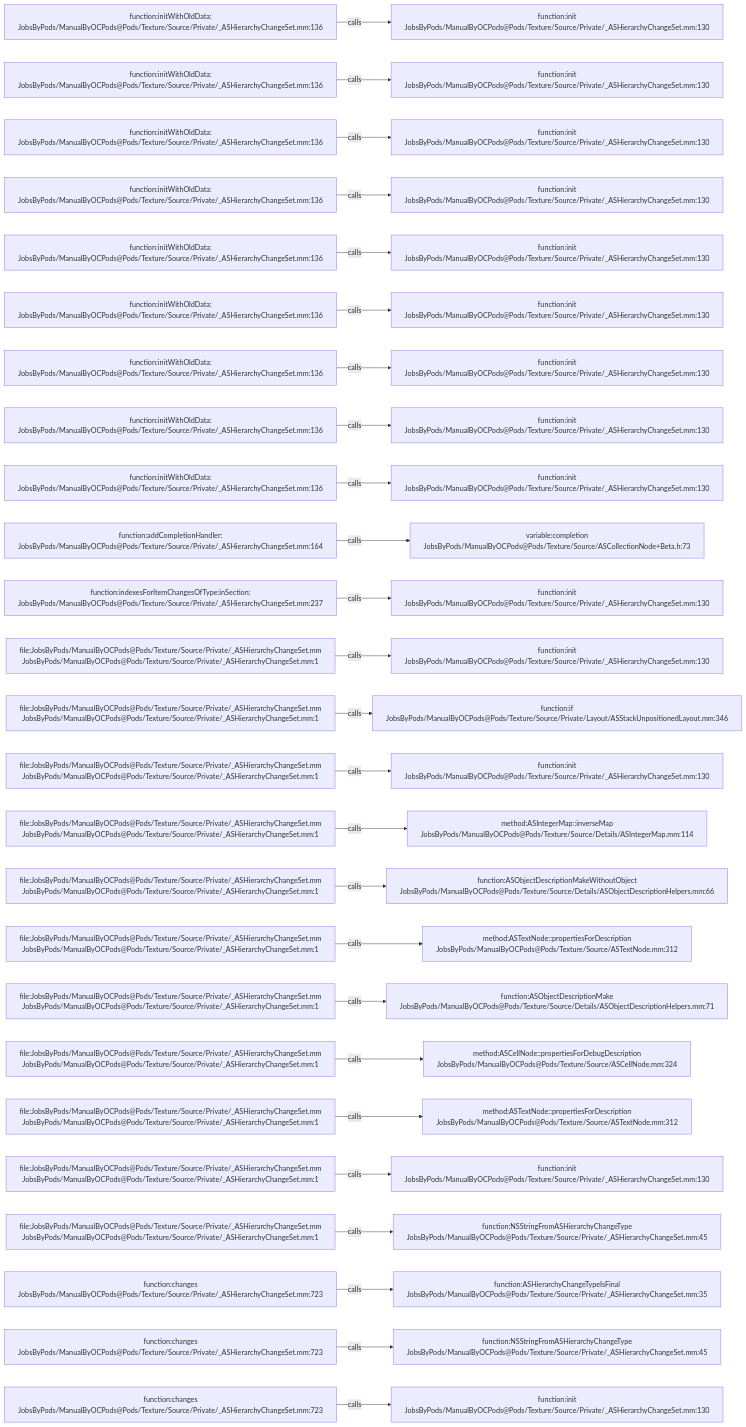
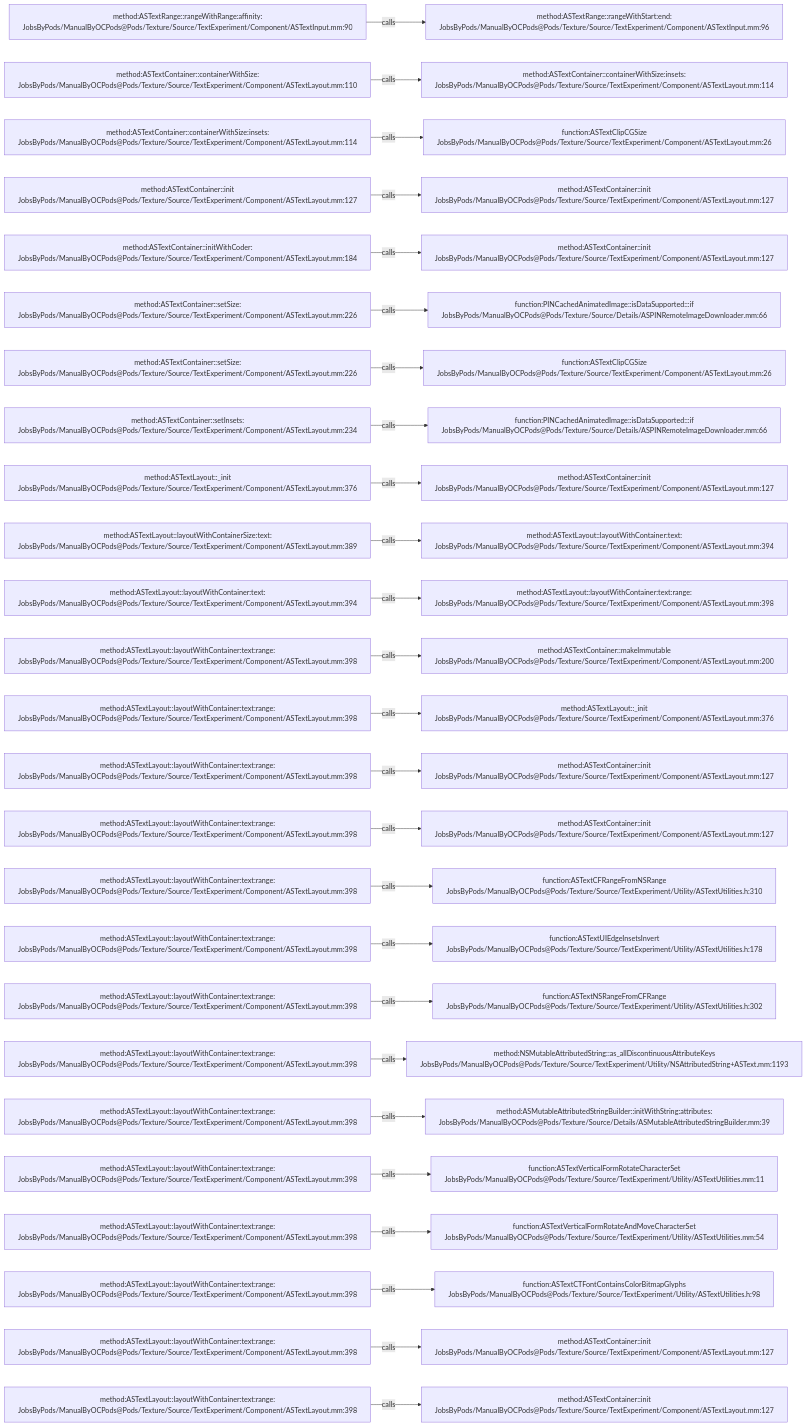
One commit to JobsKits/JobsOCBaseConfigDemo changed the diagram in .codegraph/codegraph.md/graphs/calls-199.md. Above: the diagram before and after it, drawn with Mermaid. The commit also changed 1353 other files, not shown here.

````diff
--- a/.codegraph/codegraph.md/graphs/calls-199.md
+++ b/.codegraph/codegraph.md/graphs/calls-199.md
@@ -13,78 +13,78 @@
 ```mermaid
 flowchart LR
-  S1["function:initWithOldData:<br/>JobsByPods/ManualByOCPods@Pods/Texture/Source/Private/_ASHierarchyChangeSet.mm:136"]
-  T1["function:init<br/>JobsByPods/ManualByOCPods@Pods/Texture/Source/Private/_ASHierarchyChangeSet.mm:130"]
+  S1["method:ASTextRange::rangeWithRange:affinity:<br/>JobsByPods/ManualByOCPods@Pods/Texture/Source/TextExperiment/Component/ASTextInput.mm:90"]
+  T1["method:ASTextRange::rangeWithStart:end:<br/>JobsByPods/ManualByOCPods@Pods/Texture/Source/TextExperiment/Component/ASTextInput.mm:96"]
   S1 -->|calls| T1
-  S2["function:initWithOldData:<br/>JobsByPods/ManualByOCPods@Pods/Texture/Source/Private/_ASHierarchyChangeSet.mm:136"]
-  T2["function:init<br/>JobsByPods/ManualByOCPods@Pods/Texture/Source/Private/_ASHierarchyChangeSet.mm:130"]
+  S2["method:ASTextContainer::containerWithSize:<br/>JobsByPods/ManualByOCPods@Pods/Texture/Source/TextExperiment/Component/ASTextLayout.mm:110"]
+  T2["method:ASTextContainer::containerWithSize:insets:<br/>JobsByPods/ManualByOCPods@Pods/Texture/Source/TextExperiment/Component/ASTextLayout.mm:114"]
   S2 -->|calls| T2
-  S3["function:initWithOldData:<br/>JobsByPods/ManualByOCPods@Pods/Texture/Source/Private/_ASHierarchyChangeSet.mm:136"]
-  T3["function:init<br/>JobsByPods/ManualByOCPods@Pods/Texture/Source/Private/_ASHierarchyChangeSet.mm:130"]
+  S3["method:ASTextContainer::containerWithSize:insets:<br/>JobsByPods/ManualByOCPods@Pods/Texture/Source/TextExperiment/Component/ASTextLayout.mm:114"]
+  T3["function:ASTextClipCGSize<br/>JobsByPods/ManualByOCPods@Pods/Texture/Source/TextExperiment/Component/ASTextLayout.mm:26"]
   S3 -->|calls| T3
-  S4["function:initWithOldData:<br/>JobsByPods/ManualByOCPods@Pods/Texture/Source/Private/_ASHierarchyChangeSet.mm:136"]
-  T4["function:init<br/>JobsByPods/ManualByOCPods@Pods/Texture/Source/Private/_ASHierarchyChangeSet.mm:130"]
+  S4["method:ASTextContainer::init<br/>JobsByPods/ManualByOCPods@Pods/Texture/Source/TextExperiment/Component/ASTextLayout.mm:127"]
+  T4["method:ASTextContainer::init<br/>JobsByPods/ManualByOCPods@Pods/Texture/Source/TextExperiment/Component/ASTextLayout.mm:127"]
   S4 -->|calls| T4
-  S5["function:initWithOldData:<br/>JobsByPods/ManualByOCPods@Pods/Texture/Source/Private/_ASHierarchyChangeSet.mm:136"]
-  T5["function:init<br/>JobsByPods/ManualByOCPods@Pods/Texture/Source/Private/_ASHierarchyChangeSet.mm:130"]
+  S5["method:ASTextContainer::initWithCoder:<br/>JobsByPods/ManualByOCPods@Pods/Texture/Source/TextExperiment/Component/ASTextLayout.mm:184"]
+  T5["method:ASTextContainer::init<br/>JobsByPods/ManualByOCPods@Pods/Texture/Source/TextExperiment/Component/ASTextLayout.mm:127"]
   S5 -->|calls| T5
-  S6["function:initWithOldData:<br/>JobsByPods/ManualByOCPods@Pods/Texture/Source/Private/_ASHierarchyChangeSet.mm:136"]
-  T6["function:init<br/>JobsByPods/ManualByOCPods@Pods/Texture/Source/Private/_ASHierarchyChangeSet.mm:130"]
+  S6["method:ASTextContainer::setSize:<br/>JobsByPods/ManualByOCPods@Pods/Texture/Source/TextExperiment/Component/ASTextLayout.mm:226"]
+  T6["function:PINCachedAnimatedImage::isDataSupported:::if<br/>JobsByPods/ManualByOCPods@Pods/Texture/Source/Details/ASPINRemoteImageDownloader.mm:66"]
   S6 -->|calls| T6
-  S7["function:initWithOldData:<br/>JobsByPods/ManualByOCPods@Pods/Texture/Source/Private/_ASHierarchyChangeSet.mm:136"]
-  T7["function:init<br/>JobsByPods/ManualByOCPods@Pods/Texture/Source/Private/_ASHierarchyChangeSet.mm:130"]
+  S7["method:ASTextContainer::setSize:<br/>JobsByPods/ManualByOCPods@Pods/Texture/Source/TextExperiment/Component/ASTextLayout.mm:226"]
+  T7["function:ASTextClipCGSize<br/>JobsByPods/ManualByOCPods@Pods/Texture/Source/TextExperiment/Component/ASTextLayout.mm:26"]
   S7 -->|calls| T7
-  S8["function:initWithOldData:<br/>JobsByPods/ManualByOCPods@Pods/Texture/Source/Private/_ASHierarchyChangeSet.mm:136"]
-  T8["function:init<br/>JobsByPods/ManualByOCPods@Pods/Texture/Source/Private/_ASHierarchyChangeSet.mm:130"]
+  S8["method:ASTextContainer::setInsets:<br/>JobsByPods/ManualByOCPods@Pods/Texture/Source/TextExperiment/Component/ASTextLayout.mm:234"]
+  T8["function:PINCachedAnimatedImage::isDataSupported:::if<br/>JobsByPods/ManualByOCPods@Pods/Texture/Source/Details/ASPINRemoteImageDownloader.mm:66"]
   S8 -->|calls| T8
-  S9["function:initWithOldData:<br/>JobsByPods/ManualByOCPods@Pods/Texture/Source/Private/_ASHierarchyChangeSet.mm:136"]
-  T9["function:init<br/>JobsByPods/ManualByOCPods@Pods/Texture/Source/Private/_ASHierarchyChangeSet.mm:130"]
+  S9["method:ASTextLayout::_init<br/>JobsByPods/ManualByOCPods@Pods/Texture/Source/TextExperiment/Component/ASTextLayout.mm:376"]
+  T9["method:ASTextContainer::init<br/>JobsByPods/ManualByOCPods@Pods/Texture/Source/TextExperiment/Component/ASTextLayout.mm:127"]
   S9 -->|calls| T9
-  S10["function:addCompletionHandler:<br/>JobsByPods/ManualByOCPods@Pods/Texture/Source/Private/_ASHierarchyChangeSet.mm:164"]
-  T10["variable:completion<br/>JobsByPods/ManualByOCPods@Pods/Texture/Source/ASCollectionNode+Beta.h:73"]
+  S10["method:ASTextLayout::layoutWithContainerSize:text:<br/>JobsByPods/ManualByOCPods@Pods/Texture/Source/TextExperiment/Component/ASTextLayout.mm:389"]
+  T10["method:ASTextLayout::layoutWithContainer:text:<br/>JobsByPods/ManualByOCPods@Pods/Texture/Source/TextExperiment/Component/ASTextLayout.mm:394"]
   S10 -->|calls| T10
-  S11["function:indexesForItemChangesOfType:inSection:<br/>JobsByPods/ManualByOCPods@Pods/Texture/Source/Private/_ASHierarchyChangeSet.mm:237"]
-  T11["function:init<br/>JobsByPods/ManualByOCPods@Pods/Texture/Source/Private/_ASHierarchyChangeSet.mm:130"]
+  S11["method:ASTextLayout::layoutWithContainer:text:<br/>JobsByPods/ManualByOCPods@Pods/Texture/Source/TextExperiment/Component/ASTextLayout.mm:394"]
+  T11["method:ASTextLayout::layoutWithContainer:text:range:<br/>JobsByPods/ManualByOCPods@Pods/Texture/Source/TextExperiment/Component/ASTextLayout.mm:398"]
   S11 -->|calls| T11
-  S12["file:JobsByPods/ManualByOCPods@Pods/Texture/Source/Private/_ASHierarchyChangeSet.mm<br/>JobsByPods/ManualByOCPods@Pods/Texture/Source/Private/_ASHierarchyChangeSet.mm:1"]
-  T12["function:init<br/>JobsByPods/ManualByOCPods@Pods/Texture/Source/Private/_ASHierarchyChangeSet.mm:130"]
+  S12["method:ASTextLayout::layoutWithContainer:text:range:<br/>JobsByPods/ManualByOCPods@Pods/Texture/Source/TextExperiment/Component/ASTextLayout.mm:398"]
+  T12["method:ASTextContainer::makeImmutable<br/>JobsByPods/ManualByOCPods@Pods/Texture/Source/TextExperiment/Component/ASTextLayout.mm:200"]
   S12 -->|calls| T12
-  S13["file:JobsByPods/ManualByOCPods@Pods/Texture/Source/Private/_ASHierarchyChangeSet.mm<br/>JobsByPods/ManualByOCPods@Pods/Texture/Source/Private/_ASHierarchyChangeSet.mm:1"]
-  T13["function:if<br/>JobsByPods/ManualByOCPods@Pods/Texture/Source/Private/Layout/ASStackUnpositionedLayout.mm:346"]
+  S13["method:ASTextLayout::layoutWithContainer:text:range:<br/>JobsByPods/ManualByOCPods@Pods/Texture/Source/TextExperiment/Component/ASTextLayout.mm:398"]
+  T13["method:ASTextLayout::_init<br/>JobsByPods/ManualByOCPods@Pods/Texture/Source/TextExperiment/Component/ASTextLayout.mm:376"]
   S13 -->|calls| T13
-  S14["file:JobsByPods/ManualByOCPods@Pods/Texture/Source/Private/_ASHierarchyChangeSet.mm<br/>JobsByPods/ManualByOCPods@Pods/Texture/Source/Private/_ASHierarchyChangeSet.mm:1"]
-  T14["function:init<br/>JobsByPods/ManualByOCPods@Pods/Texture/Source/Private/_ASHierarchyChangeSet.mm:130"]
+  S14["method:ASTextLayout::layoutWithContainer:text:range:<br/>JobsByPods/ManualByOCPods@Pods/Texture/Source/TextExperiment/Component/ASTextLayout.mm:398"]
+  T14["method:ASTextContainer::init<br/>JobsByPods/ManualByOCPods@Pods/Texture/Source/TextExperiment/Component/ASTextLayout.mm:127"]
   S14 -->|calls| T14
-  S15["file:JobsByPods/ManualByOCPods@Pods/Texture/Source/Private/_ASHierarchyChangeSet.mm<br/>JobsByPods/ManualByOCPods@Pods/Texture/Source/Private/_ASHierarchyChangeSet.mm:1"]
-  T15["method:ASIntegerMap::inverseMap<br/>JobsByPods/ManualByOCPods@Pods/Texture/Source/Details/ASIntegerMap.mm:114"]
+  S15["method:ASTextLayout::layoutWithContainer:text:range:<br/>JobsByPods/ManualByOCPods@Pods/Texture/Source/TextExperiment/Component/ASTextLayout.mm:398"]
+  T15["method:ASTextContainer::init<br/>JobsByPods/ManualByOCPods@Pods/Texture/Source/TextExperiment/Component/ASTextLayout.mm:127"]
   S15 -->|calls| T15
-  S16["file:JobsByPods/ManualByOCPods@Pods/Texture/Source/Private/_ASHierarchyChangeSet.mm<br/>JobsByPods/ManualByOCPods@Pods/Texture/Source/Private/_ASHierarchyChangeSet.mm:1"]
-  T16["function:ASObjectDescriptionMakeWithoutObject<br/>JobsByPods/ManualByOCPods@Pods/Texture/Source/Details/ASObjectDescriptionHelpers.mm:66"]
+  S16["method:ASTextLayout::layoutWithContainer:text:range:<br/>JobsByPods/ManualByOCPods@Pods/Texture/Source/TextExperiment/Component/ASTextLayout.mm:398"]
+  T16["function:ASTextCFRangeFromNSRange<br/>JobsByPods/ManualByOCPods@Pods/Texture/Source/TextExperiment/Utility/ASTextUtilities.h:310"]
   S16 -->|calls| T16
-  S17["file:JobsByPods/ManualByOCPods@Pods/Texture/Source/Private/_ASHierarchyChangeSet.mm<br/>JobsByPods/ManualByOCPods@Pods/Texture/Source/Private/_ASHierarchyChangeSet.mm:1"]
-  T17["method:ASTextNode::propertiesForDescription<br/>JobsByPods/ManualByOCPods@Pods/Texture/Source/ASTextNode.mm:312"]
+  S17["method:ASTextLayout::layoutWithContainer:text:range:<br/>JobsByPods/ManualByOCPods@Pods/Texture/Source/TextExperiment/Component/ASTextLayout.mm:398"]
+  T17["function:ASTextUIEdgeInsetsInvert<br/>JobsByPods/ManualByOCPods@Pods/Texture/Source/TextExperiment/Utility/ASTextUtilities.h:178"]
   S17 -->|calls| T17
-  S18["file:JobsByPods/ManualByOCPods@Pods/Texture/Source/Private/_ASHierarchyChangeSet.mm<br/>JobsByPods/ManualByOCPods@Pods/Texture/Source/Private/_ASHierarchyChangeSet.mm:1"]
-  T18["function:ASObjectDescriptionMake<br/>JobsByPods/ManualByOCPods@Pods/Texture/Source/Details/ASObjectDescriptionHelpers.mm:71"]
+  S18["method:ASTextLayout::layoutWithContainer:text:range:<br/>JobsByPods/ManualByOCPods@Pods/Texture/Source/TextExperiment/Component/ASTextLayout.mm:398"]
+  T18["function:ASTextNSRangeFromCFRange<br/>JobsByPods/ManualByOCPods@Pods/Texture/Source/TextExperiment/Utility/ASTextUtilities.h:302"]
   S18 -->|calls| T18
-  S19["file:JobsByPods/ManualByOCPods@Pods/Texture/Source/Private/_ASHierarchyChangeSet.mm<br/>JobsByPods/ManualByOCPods@Pods/Texture/Source/Private/_ASHierarchyChangeSet.mm:1"]
-  T19["method:ASCellNode::propertiesForDebugDescription<br/>JobsByPods/ManualByOCPods@Pods/Texture/Source/ASCellNode.mm:324"]
+  S19["method:ASTextLayout::layoutWithContainer:text:range:<br/>JobsByPods/ManualByOCPods@Pods/Texture/Source/TextExperiment/Component/ASTextLayout.mm:398"]
+  T19["method:NSMutableAttributedString::as_allDiscontinuousAttributeKeys<br/>JobsByPods/ManualByOCPods@Pods/Texture/Source/TextExperiment/Utility/NSAttributedString+ASText.mm:1193"]
   S19 -->|calls| T19
-  S20["file:JobsByPods/ManualByOCPods@Pods/Texture/Source/Private/_ASHierarchyChangeSet.mm<br/>JobsByPods/ManualByOCPods@Pods/Texture/Source/Private/_ASHierarchyChangeSet.mm:1"]
-  T20["method:ASTextNode::propertiesForDescription<br/>JobsByPods/ManualByOCPods@Pods/Texture/Source/ASTextNode.mm:312"]
+  S20["method:ASTextLayout::layoutWithContainer:text:range:<br/>JobsByPods/ManualByOCPods@Pods/Texture/Source/TextExperiment/Component/ASTextLayout.mm:398"]
+  T20["method:ASMutableAttributedStringBuilder::initWithString:attributes:<br/>JobsByPods/ManualByOCPods@Pods/Texture/Source/Details/ASMutableAttributedStringBuilder.mm:39"]
   S20 -->|calls| T20
-  S21["file:JobsByPods/ManualByOCPods@Pods/Texture/Source/Private/_ASHierarchyChangeSet.mm<br/>JobsByPods/ManualByOCPods@Pods/Texture/Source/Private/_ASHierarchyChangeSet.mm:1"]
-  T21["function:init<br/>JobsByPods/ManualByOCPods@Pods/Texture/Source/Private/_ASHierarchyChangeSet.mm:130"]
+  S21["method:ASTextLayout::layoutWithContainer:text:range:<br/>JobsByPods/ManualByOCPods@Pods/Texture/Source/TextExperiment/Component/ASTextLayout.mm:398"]
+  T21["function:ASTextVerticalFormRotateCharacterSet<br/>JobsByPods/ManualByOCPods@Pods/Texture/Source/TextExperiment/Utility/ASTextUtilities.mm:11"]
   S21 -->|calls| T21
-  S22["file:JobsByPods/ManualByOCPods@Pods/Texture/Source/Private/_ASHierarchyChangeSet.mm<br/>JobsByPods/ManualByOCPods@Pods/Texture/Source/Private/_ASHierarchyChangeSet.mm:1"]
-  T22["function:NSStringFromASHierarchyChangeType<br/>JobsByPods/ManualByOCPods@Pods/Texture/Source/Private/_ASHierarchyChangeSet.mm:45"]
+  S22["method:ASTextLayout::layoutWithContainer:text:range:<br/>JobsByPods/ManualByOCPods@Pods/Texture/Source/TextExperiment/Component/ASTextLayout.mm:398"]
+  T22["function:ASTextVerticalFormRotateAndMoveCharacterSet<br/>JobsByPods/ManualByOCPods@Pods/Texture/Source/TextExperiment/Utility/ASTextUtilities.mm:54"]
   S22 -->|calls| T22
-  S23["function:changes<br/>JobsByPods/ManualByOCPods@Pods/Texture/Source/Private/_ASHierarchyChangeSet.mm:723"]
-  T23["function:ASHierarchyChangeTypeIsFinal<br/>JobsByPods/ManualByOCPods@Pods/Texture/Source/Private/_ASHierarchyChangeSet.mm:35"]
+  S23["method:ASTextLayout::layoutWithContainer:text:range:<br/>JobsByPods/ManualByOCPods@Pods/Texture/Source/TextExperiment/Component/ASTextLayout.mm:398"]
+  T23["function:ASTextCTFontContainsColorBitmapGlyphs<br/>JobsByPods/ManualByOCPods@Pods/Texture/Source/TextExperiment/Utility/ASTextUtilities.h:98"]
   S23 -->|calls| T23
-  S24["function:changes<br/>JobsByPods/ManualByOCPods@Pods/Texture/Source/Private/_ASHierarchyChangeSet.mm:723"]
-  T24["function:NSStringFromASHierarchyChangeType<br/>JobsByPods/ManualByOCPods@Pods/Texture/Source/Private/_ASHierarchyChangeSet.mm:45"]
+  S24["method:ASTextLayout::layoutWithContainer:text:range:<br/>JobsByPods/ManualByOCPods@Pods/Texture/Source/TextExperiment/Component/ASTextLayout.mm:398"]
+  T24["method:ASTextContainer::init<br/>JobsByPods/ManualByOCPods@Pods/Texture/Source/TextExperiment/Component/ASTextLayout.mm:127"]
   S24 -->|calls| T24
-  S25["function:changes<br/>JobsByPods/ManualByOCPods@Pods/Texture/Source/Private/_ASHierarchyChangeSet.mm:723"]
-  T25["function:init<br/>JobsByPods/ManualByOCPods@Pods/Texture/Source/Private/_ASHierarchyChangeSet.mm:130"]
+  S25["method:ASTextLayout::layoutWithContainer:text:range:<br/>JobsByPods/ManualByOCPods@Pods/Texture/Source/TextExperiment/Component/ASTextLayout.mm:398"]
+  T25["method:ASTextContainer::init<br/>JobsByPods/ManualByOCPods@Pods/Texture/Source/TextExperiment/Component/ASTextLayout.mm:127"]
   S25 -->|calls| T25
 ```
````
